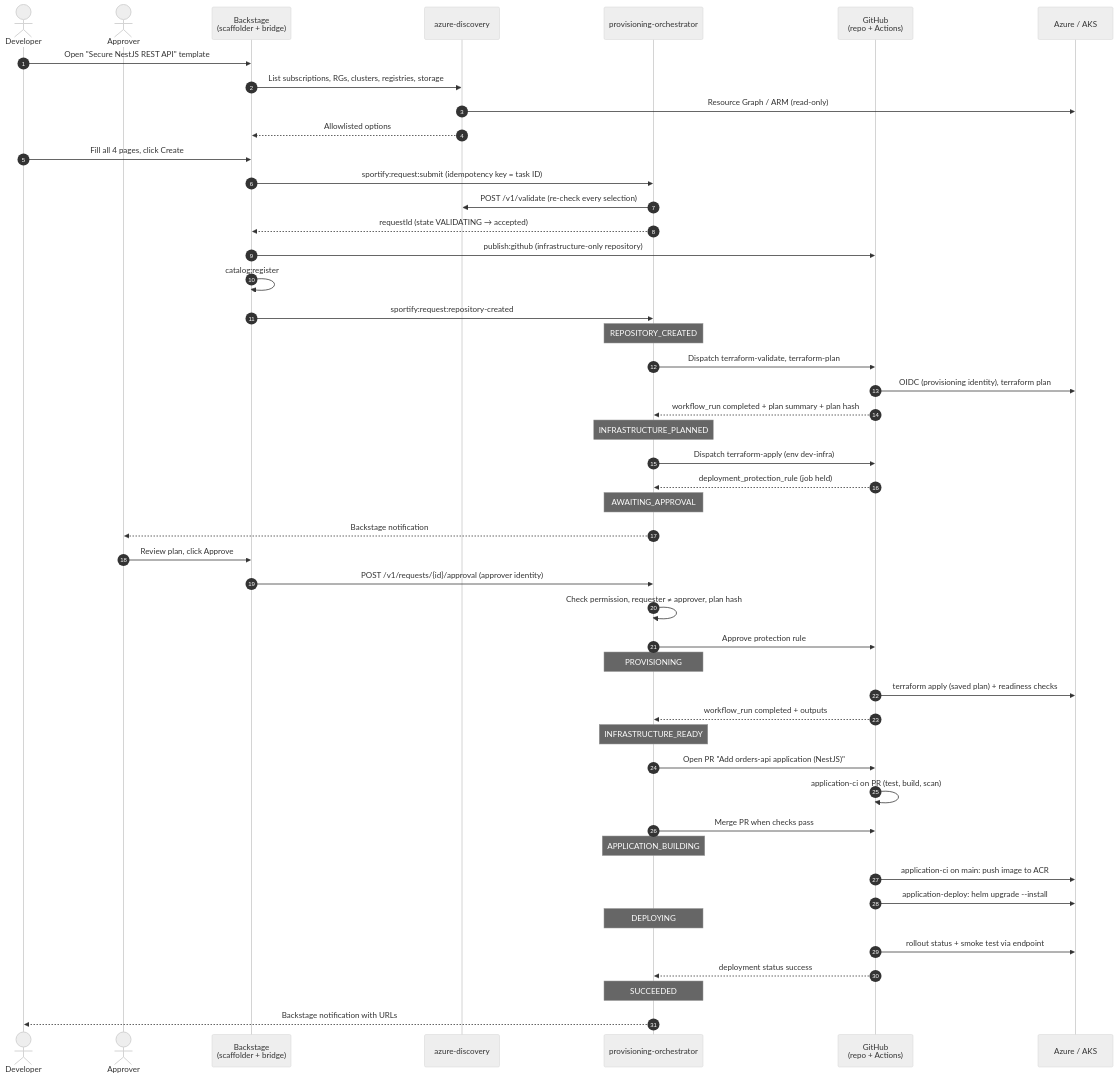
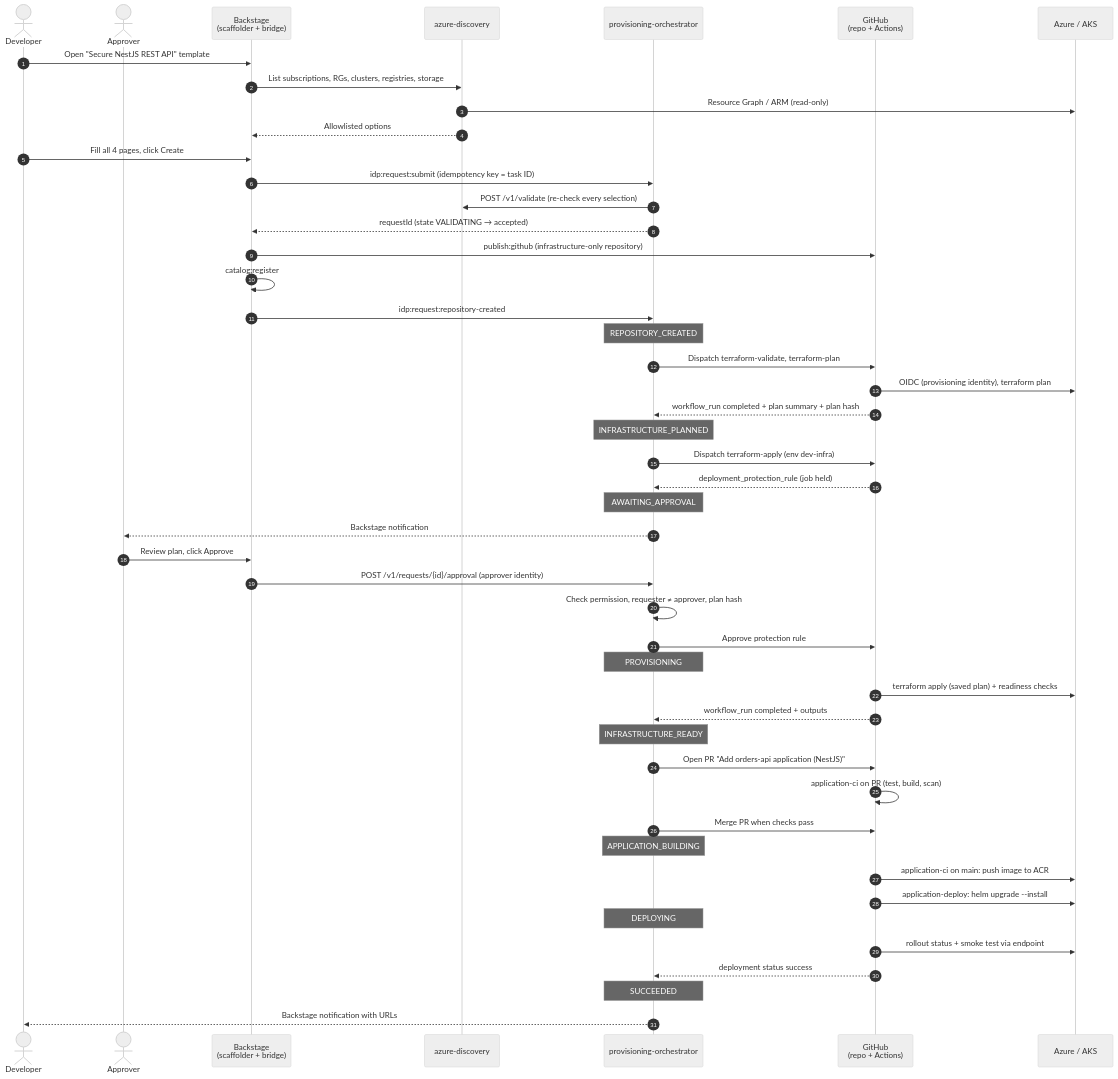
Before and after one commit to nixvarghese01/azure-backstage-goldenpath: the diagram in docs/developer-guide/golden-path.md, drawn with Mermaid (neutral theme). The commit also changed other lines of this file and 183 other files, not shown here.

````diff
--- a/docs/developer-guide/golden-path.md
+++ b/docs/developer-guide/golden-path.md
@@ -37,53 +37,53 @@
 ```mermaid
 sequenceDiagram
     autonumber
     actor Dev as Developer
     actor Apr as Approver
     participant BS as Backstage<br/>(scaffolder + bridge)
     participant Disc as azure-discovery
     participant Orch as provisioning-orchestrator
     participant GH as GitHub<br/>(repo + Actions)
     participant Az as Azure / AKS
 
     Dev->>BS: Open "Secure NestJS REST API" template
     BS->>Disc: List subscriptions, RGs, clusters, registries, storage
     Disc->>Az: Resource Graph / ARM (read-only)
     Disc-->>BS: Allowlisted options
     Dev->>BS: Fill all 4 pages, click Create
-    BS->>Orch: sportify:request:submit (idempotency key = task ID)
+    BS->>Orch: idp:request:submit (idempotency key = task ID)
     Orch->>Disc: POST /v1/validate (re-check every selection)
     Orch-->>BS: requestId (state VALIDATING → accepted)
     BS->>GH: publish:github (infrastructure-only repository)
     BS->>BS: catalog:register
-    BS->>Orch: sportify:request:repository-created
+    BS->>Orch: idp:request:repository-created
     Note over Orch: REPOSITORY_CREATED
 
     Orch->>GH: Dispatch terraform-validate, terraform-plan
     GH->>Az: OIDC (provisioning identity), terraform plan
     GH-->>Orch: workflow_run completed + plan summary + plan hash
     Note over Orch: INFRASTRUCTURE_PLANNED
     Orch->>GH: Dispatch terraform-apply (env dev-infra)
     GH-->>Orch: deployment_protection_rule (job held)
     Note over Orch: AWAITING_APPROVAL
     Orch-->>Apr: Backstage notification
     Apr->>BS: Review plan, click Approve
     BS->>Orch: POST /v1/requests/{id}/approval (approver identity)
     Orch->>Orch: Check permission, requester ≠ approver, plan hash
     Orch->>GH: Approve protection rule
     Note over Orch: PROVISIONING
     GH->>Az: terraform apply (saved plan) + readiness checks
     GH-->>Orch: workflow_run completed + outputs
     Note over Orch: INFRASTRUCTURE_READY
 
     Orch->>GH: Open PR "Add orders-api application (NestJS)"
     GH->>GH: application-ci on PR (test, build, scan)
     Orch->>GH: Merge PR when checks pass
     Note over Orch: APPLICATION_BUILDING
     GH->>Az: application-ci on main: push image to ACR
     GH->>Az: application-deploy: helm upgrade --install
     Note over Orch: DEPLOYING
     GH->>Az: rollout status + smoke test via endpoint
     GH-->>Orch: deployment status success
     Note over Orch: SUCCEEDED
     Orch-->>Dev: Backstage notification with URLs
 ```
````
